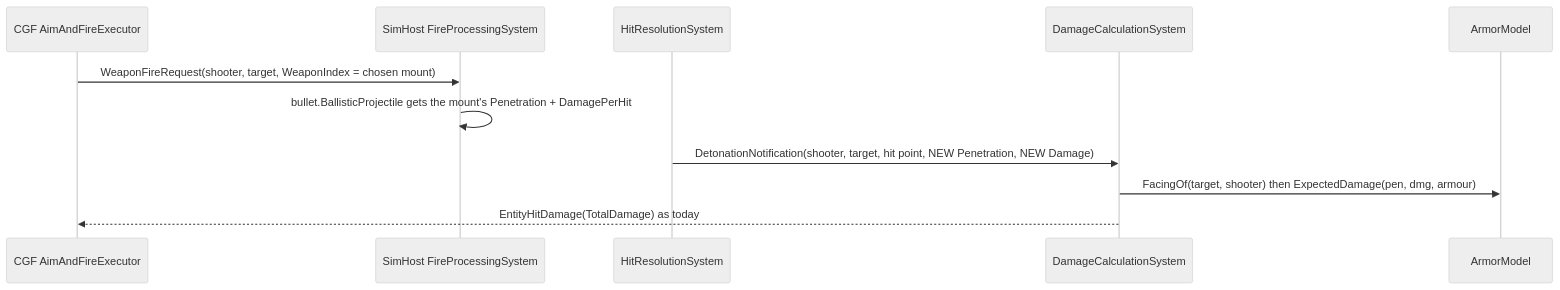
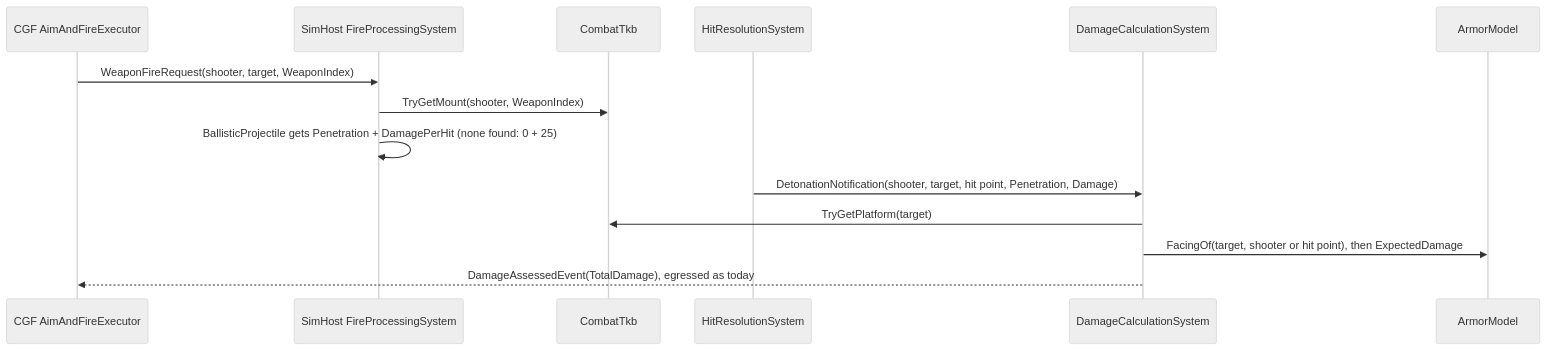
The sixth of 8 diagrams in docs/DESIGN_Utility_AI_Demo_Scenarios.md (pjanec/HROT), drawn with Mermaid (neutral theme) before and after one commit. The commit also changed other lines of this file and 2 other files, not shown here.

First line of the commit message:
docs(CE-3071): A1–A4 approved (R-212) — A3 revised to read the TKB; §9 UML to the build design

````diff
--- a/docs/DESIGN_Utility_AI_Demo_Scenarios.md
+++ b/docs/DESIGN_Utility_AI_Demo_Scenarios.md
@@ -306,13 +319,16 @@
 ```mermaid
 sequenceDiagram
   participant B as CGF AimAndFireExecutor
   participant F as SimHost FireProcessingSystem
+  participant T as CombatTkb
   participant H as HitResolutionSystem
   participant D as DamageCalculationSystem
   participant M as ArmorModel
-  B->>F: WeaponFireRequest(shooter, target, WeaponIndex = chosen mount)
-  F->>F: bullet.BallisticProjectile gets the mount's Penetration + DamagePerHit
-  H->>D: DetonationNotification(shooter, target, hit point, NEW Penetration, NEW Damage)
-  D->>M: FacingOf(target, shooter) then ExpectedDamage(pen, dmg, armour)
-  D-->>B: EntityHitDamage(TotalDamage) as today
+  B->>F: WeaponFireRequest(shooter, target, WeaponIndex)
+  F->>T: TryGetMount(shooter, WeaponIndex)
+  F->>F: BallisticProjectile gets Penetration + DamagePerHit (none found: 0 + 25)
+  H->>D: DetonationNotification(shooter, target, hit point, Penetration, Damage)
+  D->>T: TryGetPlatform(target)
+  D->>M: FacingOf(target, shooter or hit point), then ExpectedDamage
+  D-->>B: DamageAssessedEvent(TotalDamage), egressed as today
 ```
````
